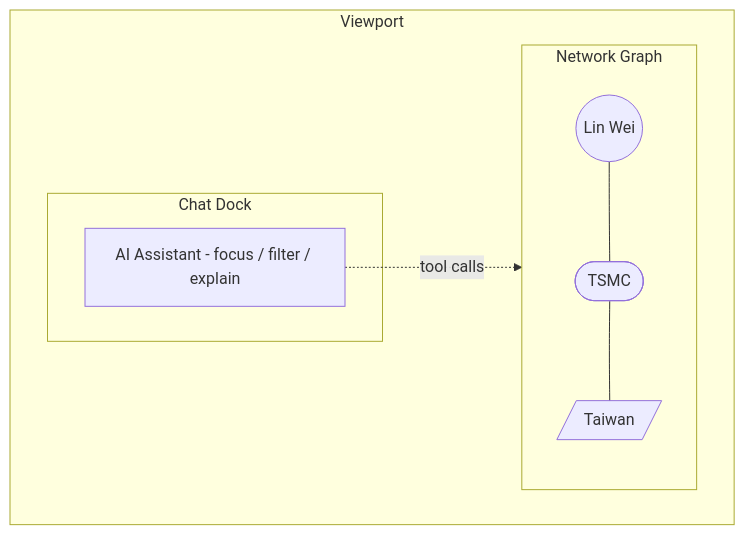
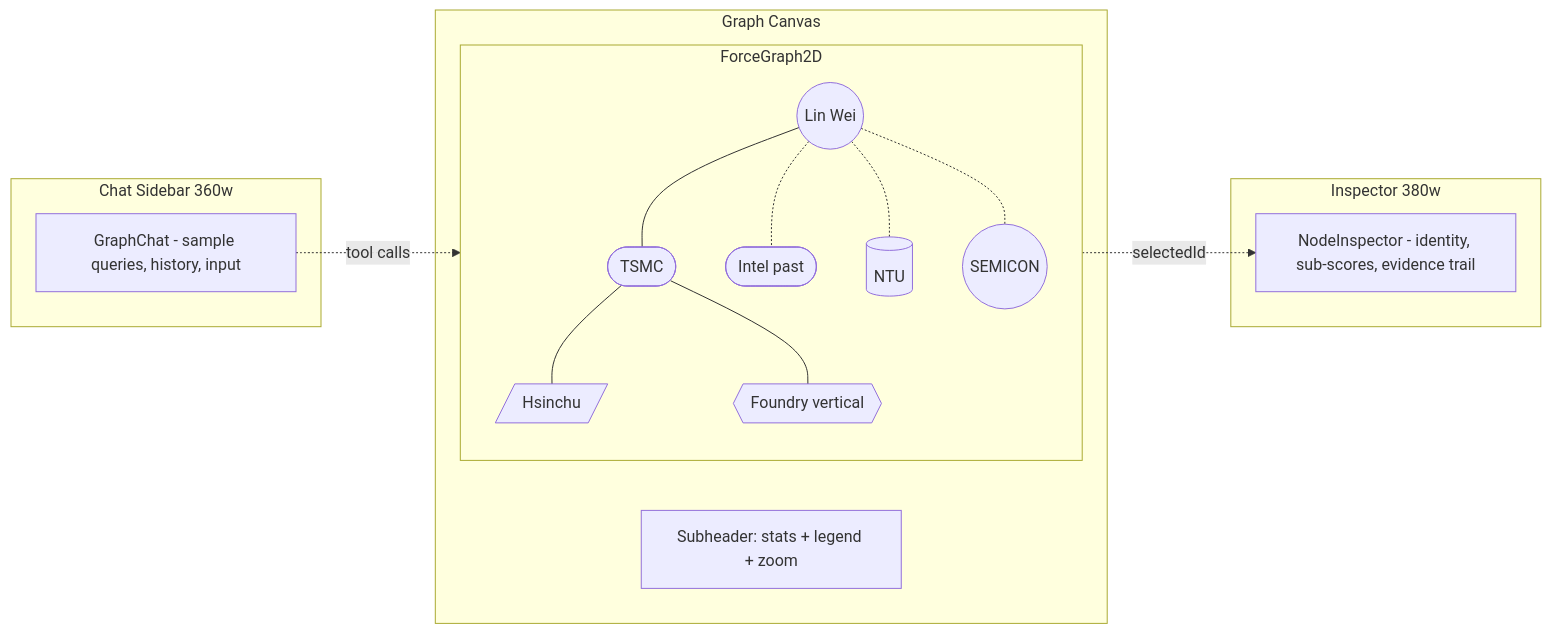
Before and after one commit to Nxver-GitHub/ef-marketing-agent-hack: the first of 2 diagrams in credence_2.0.md, drawn with Mermaid. The commit also changed other lines of this file, not shown here.

First line of the commit message:
Revise credence 2.0 documentation to reflect updated graph-discover architecture

````diff
--- a/credence_2.0.md
+++ b/credence_2.0.md
@@ -40,16 +40,29 @@
 ```mermaid
-flowchart TB
-    subgraph viewport [Viewport]
-        subgraph graphArea [Network Graph]
+flowchart LR
+    subgraph leftRail [Chat Sidebar 360w]
+        chat[GraphChat - sample queries, history, input]
+    end
+    subgraph canvas [Graph Canvas]
+        subheader["Subheader: stats + legend + zoom"]
+        subgraph graphArea [ForceGraph2D]
             person((Lin Wei))
             company([TSMC])
-            country[/Taiwan/]
+            city[/Hsinchu/]
+            past([Intel past])
+            sch[(NTU)]
+            conf((SEMICON))
+            ind{{Foundry vertical}}
             person --- company
-            company --- country
-        end
-        subgraph chatDock [Chat Dock]
-            chat[AI Assistant - focus / filter / explain]
+            person -.- past
+            person -.- sch
+            person -.- conf
+            company --- city
+            company --- ind
         end
     end
+    subgraph rightRail [Inspector 380w]
+        ins[NodeInspector - identity, sub-scores, evidence trail]
+    end
     chat -.tool calls.-> graphArea
+    graphArea -.selectedId.-> ins
 ```
````
